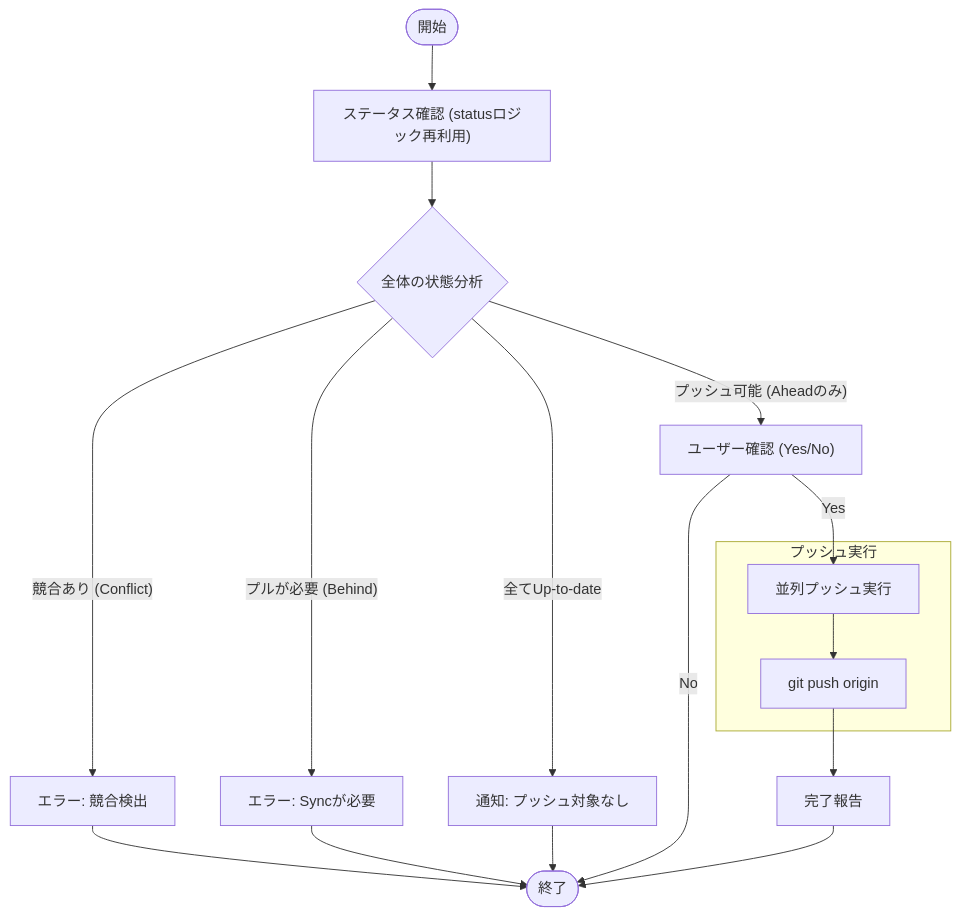
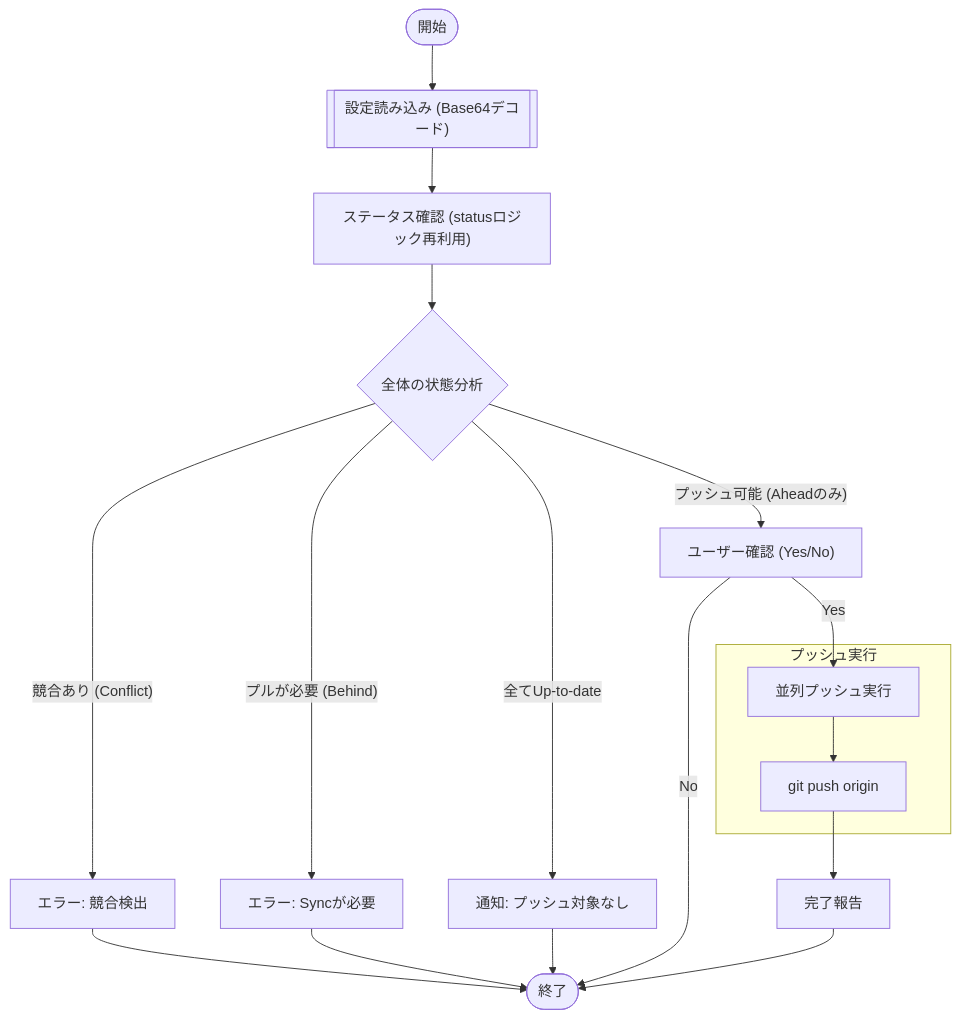
One commit to keiji/mistletoe changed the diagram in docs/internal/app/push.md. Above: the diagram before and after it, drawn with Mermaid. The commit also changed 7 other files, not shown here.

````diff
--- a/docs/internal/app/push.md
+++ b/docs/internal/app/push.md
@@ -26,23 +26,24 @@
 ```mermaid
 flowchart TD
-    Start(["開始"]) --> StatusCheck["ステータス確認 (statusロジック再利用)"]
+    Start(["開始"]) --> LoadConfigSub[["設定読み込み (Base64デコード)"]]
+    LoadConfigSub --> StatusCheck["ステータス確認 (statusロジック再利用)"]
     StatusCheck --> AnalyzeState{"全体の状態分析"}
 
     AnalyzeState -- "競合あり (Conflict)" --> ErrorConflict["エラー: 競合検出"]
     AnalyzeState -- "プルが必要 (Behind)" --> ErrorBehind["エラー: Syncが必要"]
     AnalyzeState -- "全てUp-to-date" --> InfoNothing["通知: プッシュ対象なし"]
     AnalyzeState -- "プッシュ可能 (Aheadのみ)" --> Confirm["ユーザー確認 (Yes/No)"]
 
     Confirm -- "No" --> Stop(["終了"])
     Confirm -- "Yes" --> PushLoop["並列プッシュ実行"]
 
     subgraph "プッシュ実行"
         PushLoop --> GitPush["git push origin <branch>"]
     end
 
     GitPush --> Report["完了報告"]
     ErrorConflict --> Stop
     ErrorBehind --> Stop
     InfoNothing --> Stop
     Report --> Stop
 ```
````
